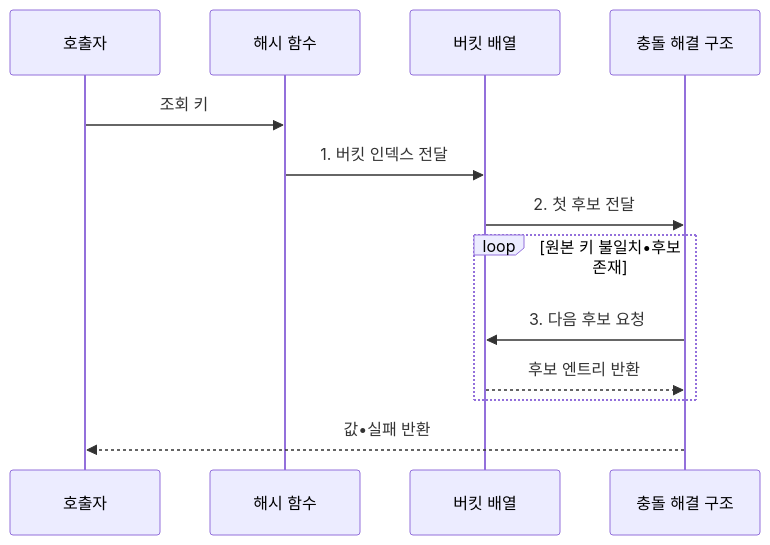
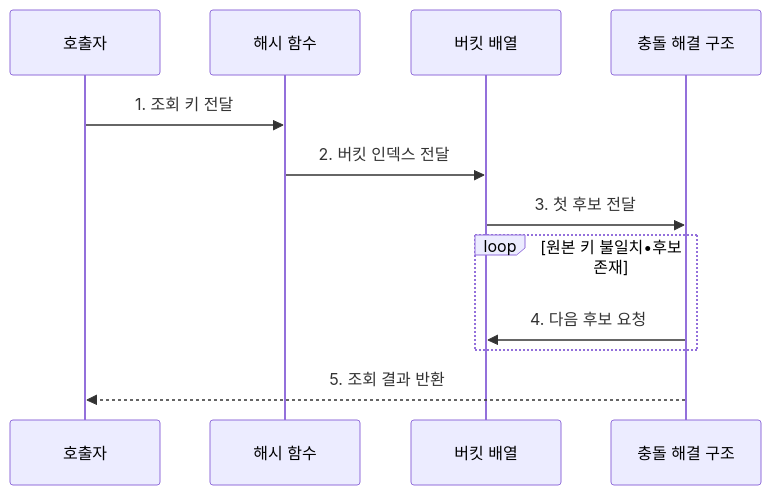
The second of 2 diagrams in src/content/docs/notes/01-basic-theory/005_hash_table.md (agnusdei1207/knowledge-base), drawn with Mermaid before and after one commit. The commit also changed other lines of this file and 28 other files, not shown here.

````diff
--- a/src/content/docs/notes/01-basic-theory/005_hash_table.md
+++ b/src/content/docs/notes/01-basic-theory/005_hash_table.md
@@ -94,15 +81,14 @@
 ```mermaid
 sequenceDiagram
     participant Q as 호출자
     participant H as 해시 함수
     participant B as 버킷 배열
     participant C as 충돌 해결 구조
-    Q->>H: 조회 키
-    H->>B: 1. 버킷 인덱스 전달
-    B->>C: 2. 첫 후보 전달
+    Q->>H: 1. 조회 키 전달
+    H->>B: 2. 버킷 인덱스 전달
+    B->>C: 3. 첫 후보 전달
     loop 원본 키 불일치•후보 존재
-        C->>B: 3. 다음 후보 요청
-        B-->>C: 후보 엔트리 반환
+        C->>B: 4. 다음 후보 요청
     end
-    C-->>Q: 값•실패 반환
+    C-->>Q: 5. 조회 결과 반환
 ```
````
